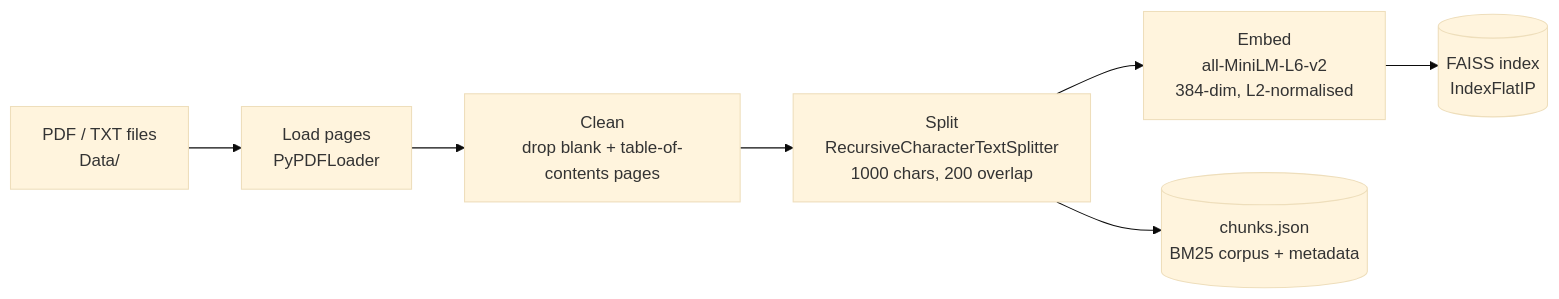
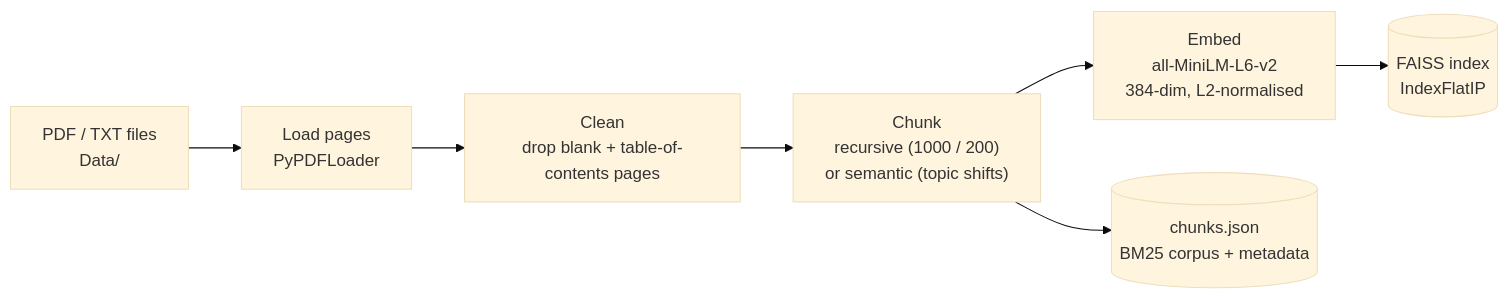
Before and after one commit to hadil-sgh/Lola-Enterprise-Knowledge-Assistant: the first of 2 diagrams in README.md, drawn with Mermaid (base theme). The commit also changed other lines of this file, not shown here.

````diff
--- a/README.md
+++ b/README.md
@@ -88,9 +95,9 @@
 ```mermaid
 flowchart LR
     A["PDF / TXT files<br/>Data/"] --> B["Load pages<br/>PyPDFLoader"]
     B --> C["Clean<br/>drop blank + table-of-contents pages"]
-    C --> D["Split<br/>RecursiveCharacterTextSplitter<br/>1000 chars, 200 overlap"]
+    C --> D["Chunk<br/>recursive (1000 / 200)<br/>or semantic (topic shifts)"]
     D --> E["Embed<br/>all-MiniLM-L6-v2<br/>384-dim, L2-normalised"]
     E --> F[("FAISS index<br/>IndexFlatIP")]
     D --> G[("chunks.json<br/>BM25 corpus + metadata")]
 ```
````
